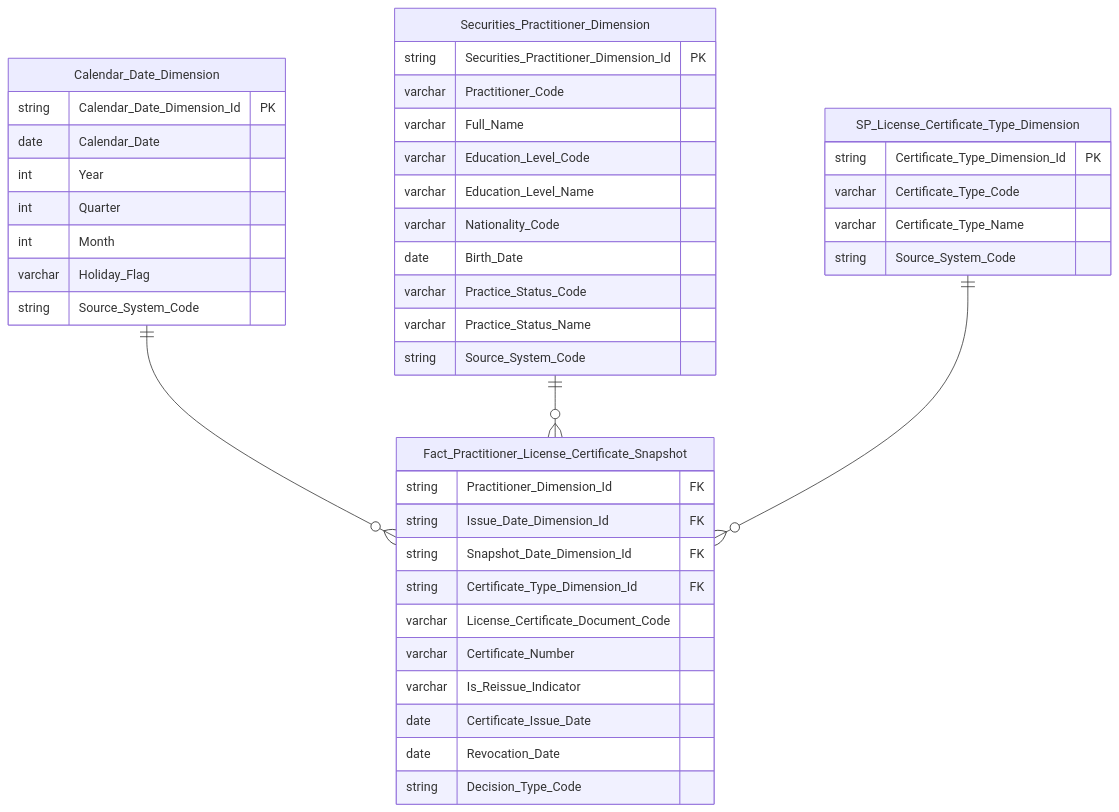
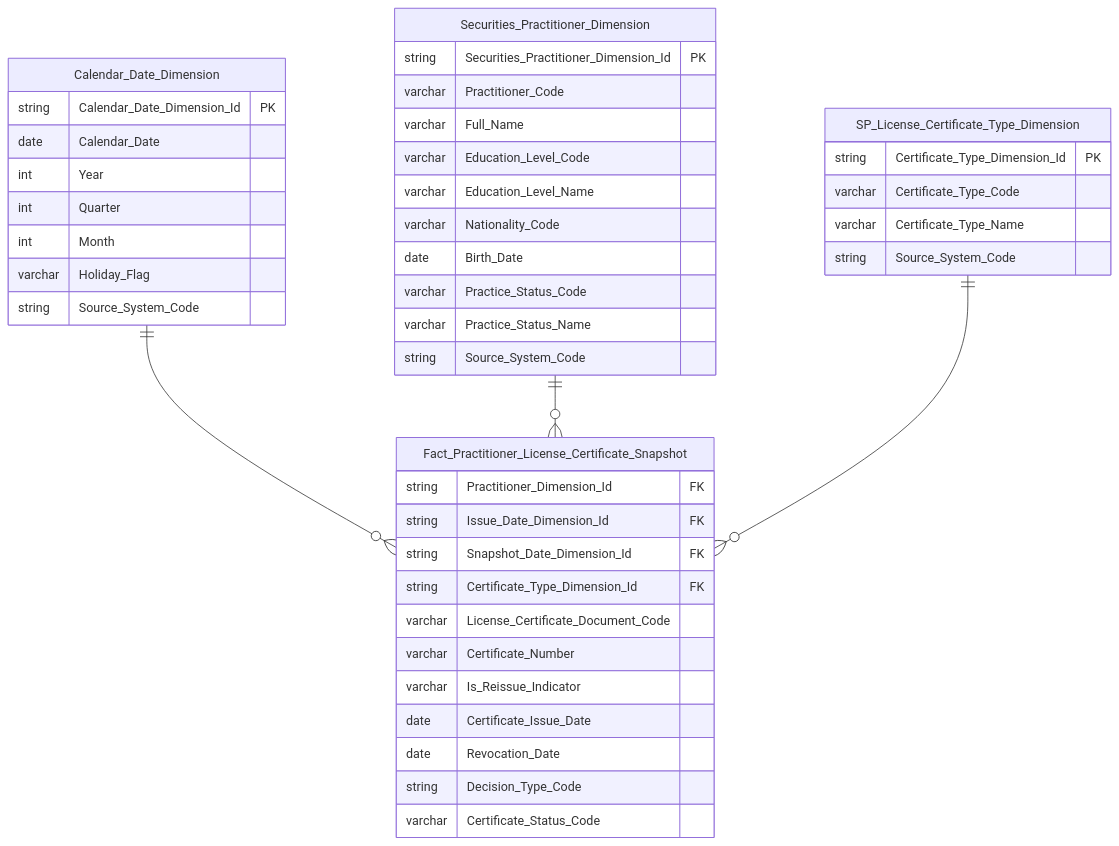
Diagram 18 of 40 in Datamart/hld/DTM_NHNCK_HLD.md (linhlvit/ubck_atomic_design), drawn with Mermaid before and after one commit. The commit also changed other lines of this file and 16 other files, not shown here.

````diff
--- a/Datamart/hld/DTM_NHNCK_HLD.md
+++ b/Datamart/hld/DTM_NHNCK_HLD.md
@@ -756,49 +782,50 @@
 ```mermaid
 erDiagram
     Calendar_Date_Dimension ||--o{ Fact_Practitioner_License_Certificate_Snapshot : " "
     Securities_Practitioner_Dimension ||--o{ Fact_Practitioner_License_Certificate_Snapshot : " "
     SP_License_Certificate_Type_Dimension ||--o{ Fact_Practitioner_License_Certificate_Snapshot : " "
 
     Fact_Practitioner_License_Certificate_Snapshot {
         string Practitioner_Dimension_Id FK
         string Issue_Date_Dimension_Id FK
         string Snapshot_Date_Dimension_Id FK
         string Certificate_Type_Dimension_Id FK
         varchar License_Certificate_Document_Code
         varchar Certificate_Number
         varchar Is_Reissue_Indicator
         date Certificate_Issue_Date
         date Revocation_Date
         string Decision_Type_Code
+        varchar Certificate_Status_Code
     }
 
     Calendar_Date_Dimension {
         string Calendar_Date_Dimension_Id PK
         date Calendar_Date
         int Year
         int Quarter
         int Month
         varchar Holiday_Flag
         string Source_System_Code
     }
 
     Securities_Practitioner_Dimension {
         string Securities_Practitioner_Dimension_Id PK
         varchar Practitioner_Code
         varchar Full_Name
         varchar Education_Level_Code
         varchar Education_Level_Name
         varchar Nationality_Code
         date Birth_Date
         varchar Practice_Status_Code
         varchar Practice_Status_Name
         string Source_System_Code
     }
 
     SP_License_Certificate_Type_Dimension {
         string Certificate_Type_Dimension_Id PK
         varchar Certificate_Type_Code
         varchar Certificate_Type_Name
         string Source_System_Code
     }
 ```
````
